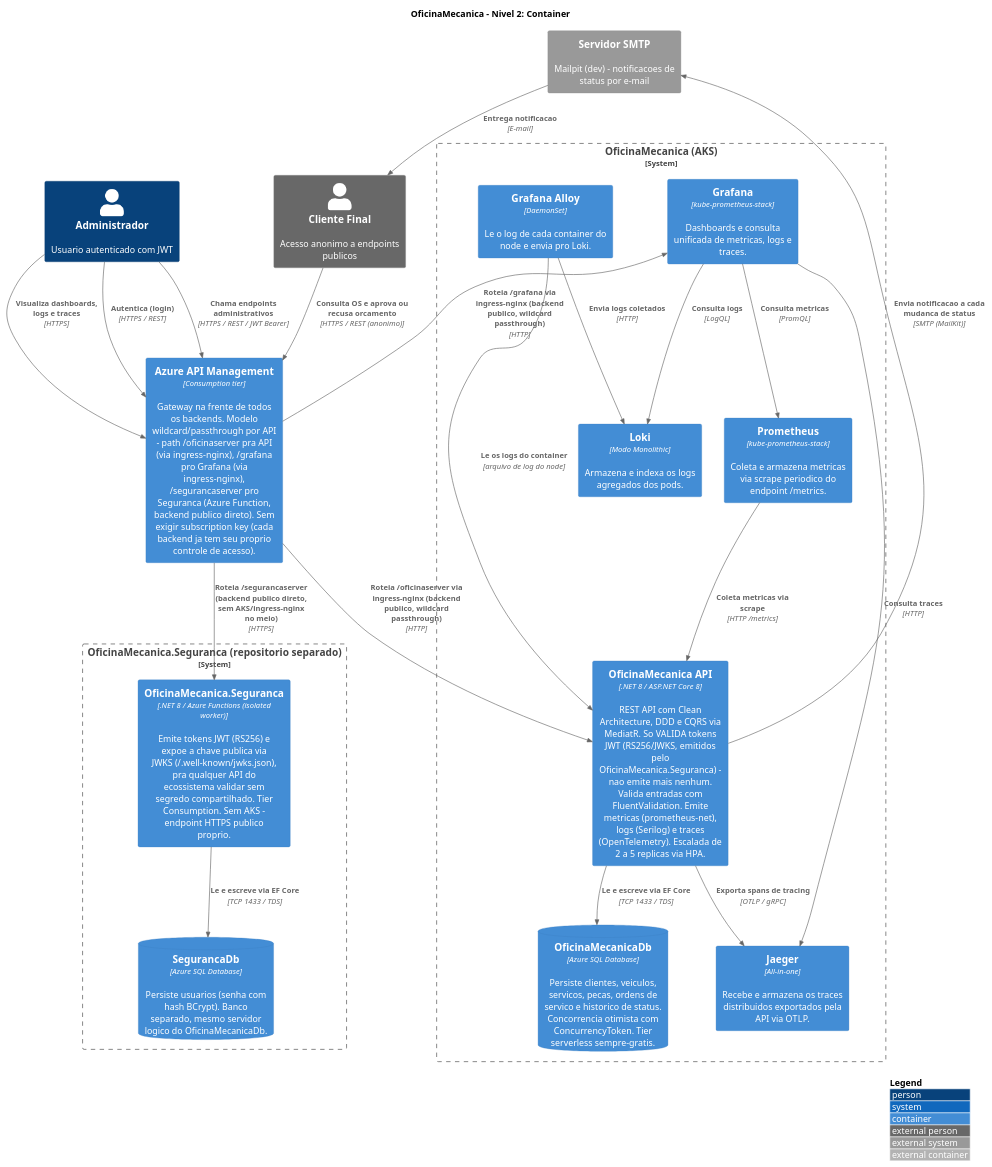
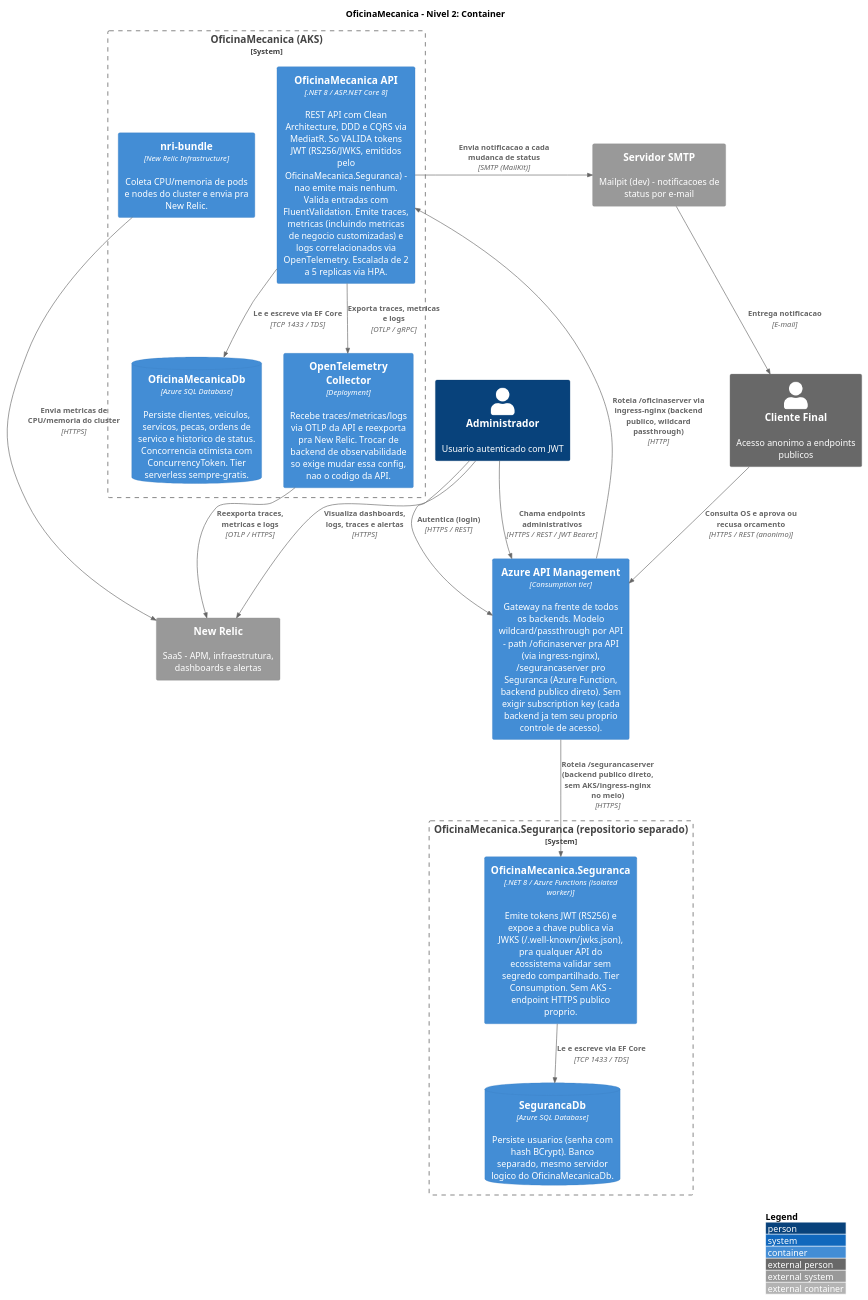
One commit to willianrmattos/OficinaMecanica changed the diagram in docs/c4-nivel2-container.puml. Above: the diagram before and after it, drawn with PlantUML. The commit also changed 20 other files, not shown here.

```diff
--- a/docs/c4-nivel2-container.puml
+++ b/docs/c4-nivel2-container.puml
@@ -1,51 +1,44 @@
 @startuml c4-nivel2-container
 !include <C4/C4_Container>
 
 LAYOUT_TOP_DOWN()
 LAYOUT_WITH_LEGEND()
 
 title OficinaMecanica - Nivel 2: Container
 
 Person(admin, "Administrador", "Usuario autenticado com JWT")
 Person_Ext(cliente, "Cliente Final", "Acesso anonimo a endpoints publicos")
 System_Ext(smtp, "Servidor SMTP", "Mailpit (dev) - notificacoes de status por e-mail")
+System_Ext(newrelic, "New Relic", "SaaS - APM, infraestrutura, dashboards e alertas")
 
-Container(apim, "Azure API Management", "Consumption tier", "Gateway na frente de todos os backends. Modelo wildcard/passthrough por API - path /oficinaserver pra API (via ingress-nginx), /grafana pro Grafana (via ingress-nginx), /segurancaserver pro Seguranca (Azure Function, backend publico direto). Sem exigir subscription key (cada backend ja tem seu proprio controle de acesso).")
+Container(apim, "Azure API Management", "Consumption tier", "Gateway na frente de todos os backends. Modelo wildcard/passthrough por API - path /oficinaserver pra API (via ingress-nginx), /segurancaserver pro Seguranca (Azure Function, backend publico direto). Sem exigir subscription key (cada backend ja tem seu proprio controle de acesso).")
 
 System_Boundary(oficina, "OficinaMecanica (AKS)") {
-    Container(api, "OficinaMecanica API", ".NET 8 / ASP.NET Core 8", "REST API com Clean Architecture, DDD e CQRS via MediatR. So VALIDA tokens JWT (RS256/JWKS, emitidos pelo OficinaMecanica.Seguranca) - nao emite mais nenhum. Valida entradas com FluentValidation. Emite metricas (prometheus-net), logs (Serilog) e traces (OpenTelemetry). Escalada de 2 a 5 replicas via HPA.")
+    Container(api, "OficinaMecanica API", ".NET 8 / ASP.NET Core 8", "REST API com Clean Architecture, DDD e CQRS via MediatR. So VALIDA tokens JWT (RS256/JWKS, emitidos pelo OficinaMecanica.Seguranca) - nao emite mais nenhum. Valida entradas com FluentValidation. Emite traces, metricas (incluindo metricas de negocio customizadas) e logs correlacionados via OpenTelemetry. Escalada de 2 a 5 replicas via HPA.")
     ContainerDb(db, "OficinaMecanicaDb", "Azure SQL Database", "Persiste clientes, veiculos, servicos, pecas, ordens de servico e historico de status. Concorrencia otimista com ConcurrencyToken. Tier serverless sempre-gratis.")
 
-    Container(prometheus, "Prometheus", "kube-prometheus-stack", "Coleta e armazena metricas via scrape periodico do endpoint /metrics.")
-    Container(grafana, "Grafana", "kube-prometheus-stack", "Dashboards e consulta unificada de metricas, logs e traces.")
-    Container(loki, "Loki", "Modo Monolithic", "Armazena e indexa os logs agregados dos pods.")
-    Container(alloy, "Grafana Alloy", "DaemonSet", "Le o log de cada container do node e envia pro Loki.")
-    Container(jaeger, "Jaeger", "All-in-one", "Recebe e armazena os traces distribuidos exportados pela API via OTLP.")
+    Container(otelCollector, "OpenTelemetry Collector", "Deployment", "Recebe traces/metricas/logs via OTLP da API e reexporta pra New Relic. Trocar de backend de observabilidade so exige mudar essa config, nao o codigo da API.")
+    Container(nriBundle, "nri-bundle", "New Relic Infrastructure", "Coleta CPU/memoria de pods e nodes do cluster e envia pra New Relic.")
 }
 
 System_Boundary(seguranca_sys, "OficinaMecanica.Seguranca (repositorio separado)") {
     Container(seguranca, "OficinaMecanica.Seguranca", ".NET 8 / Azure Functions (isolated worker)", "Emite tokens JWT (RS256) e expoe a chave publica via JWKS (/.well-known/jwks.json), pra qualquer API do ecossistema validar sem segredo compartilhado. Tier Consumption. Sem AKS - endpoint HTTPS publico proprio.")
     ContainerDb(segurancaDb, "SegurancaDb", "Azure SQL Database", "Persiste usuarios (senha com hash BCrypt). Banco separado, mesmo servidor logico do OficinaMecanicaDb.")
 }
 
 Rel(admin, apim, "Autentica (login)", "HTTPS / REST")
 Rel(admin, apim, "Chama endpoints administrativos", "HTTPS / REST / JWT Bearer")
-Rel(admin, apim, "Visualiza dashboards, logs e traces", "HTTPS")
+Rel(admin, newrelic, "Visualiza dashboards, logs, traces e alertas", "HTTPS")
 Rel(cliente, apim, "Consulta OS e aprova ou recusa orcamento", "HTTPS / REST (anonimo)")
 Rel(apim, api, "Roteia /oficinaserver via ingress-nginx (backend publico, wildcard passthrough)", "HTTP")
-Rel(apim, grafana, "Roteia /grafana via ingress-nginx (backend publico, wildcard passthrough)", "HTTP")
 Rel(apim, seguranca, "Roteia /segurancaserver (backend publico direto, sem AKS/ingress-nginx no meio)", "HTTPS")
 Rel(api, db, "Le e escreve via EF Core", "TCP 1433 / TDS")
 Rel(seguranca, segurancaDb, "Le e escreve via EF Core", "TCP 1433 / TDS")
 Rel(api, smtp, "Envia notificacao a cada mudanca de status", "SMTP (MailKit)")
 Rel(smtp, cliente, "Entrega notificacao", "E-mail")
 
-Rel(prometheus, api, "Coleta metricas via scrape", "HTTP /metrics")
-Rel(alloy, api, "Le os logs do container", "arquivo de log do node")
-Rel(alloy, loki, "Envia logs coletados", "HTTP")
-Rel(api, jaeger, "Exporta spans de tracing", "OTLP / gRPC")
-Rel(grafana, prometheus, "Consulta metricas", "PromQL")
-Rel(grafana, loki, "Consulta logs", "LogQL")
-Rel(grafana, jaeger, "Consulta traces", "HTTP")
+Rel(api, otelCollector, "Exporta traces, metricas e logs", "OTLP / gRPC")
+Rel(otelCollector, newrelic, "Reexporta traces, metricas e logs", "OTLP / HTTPS")
+Rel(nriBundle, newrelic, "Envia metricas de CPU/memoria do cluster", "HTTPS")
 
 @enduml
```
